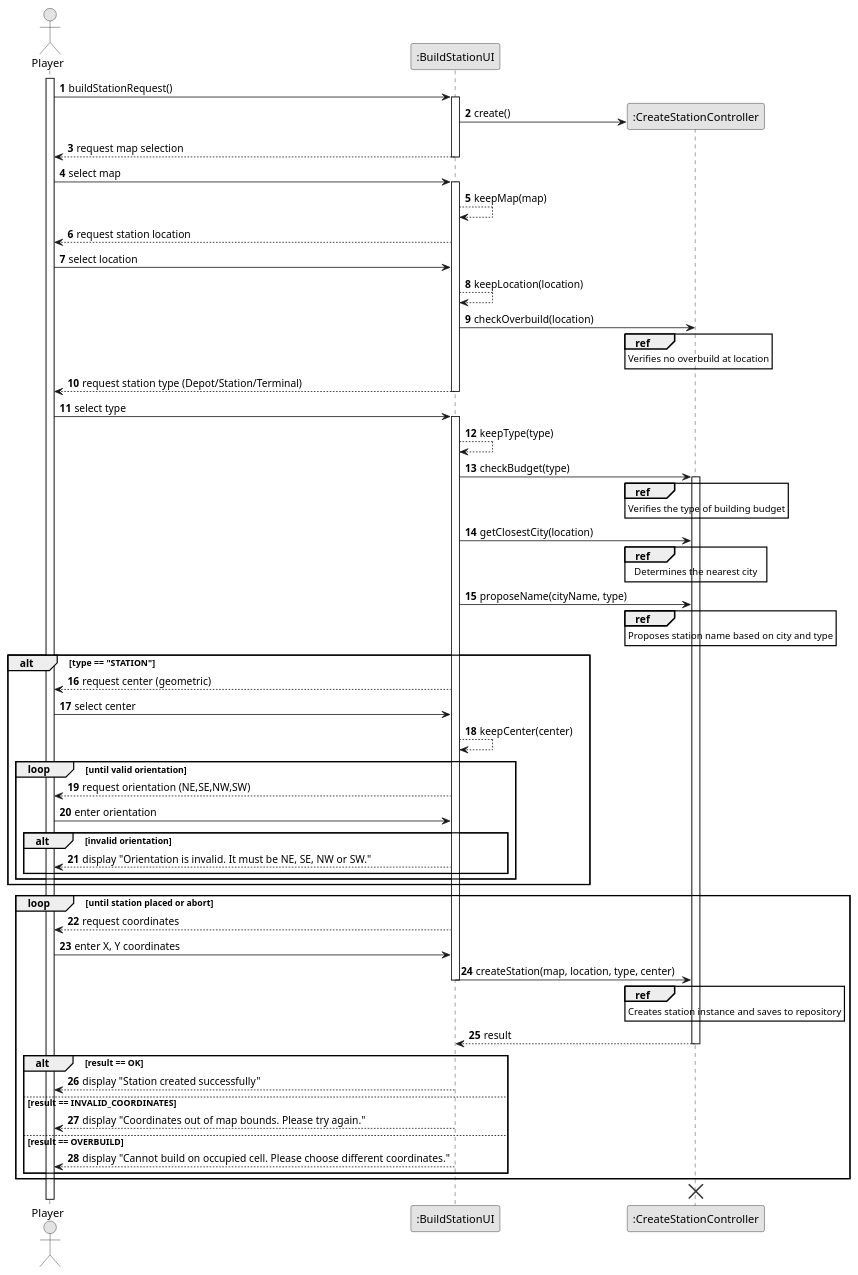
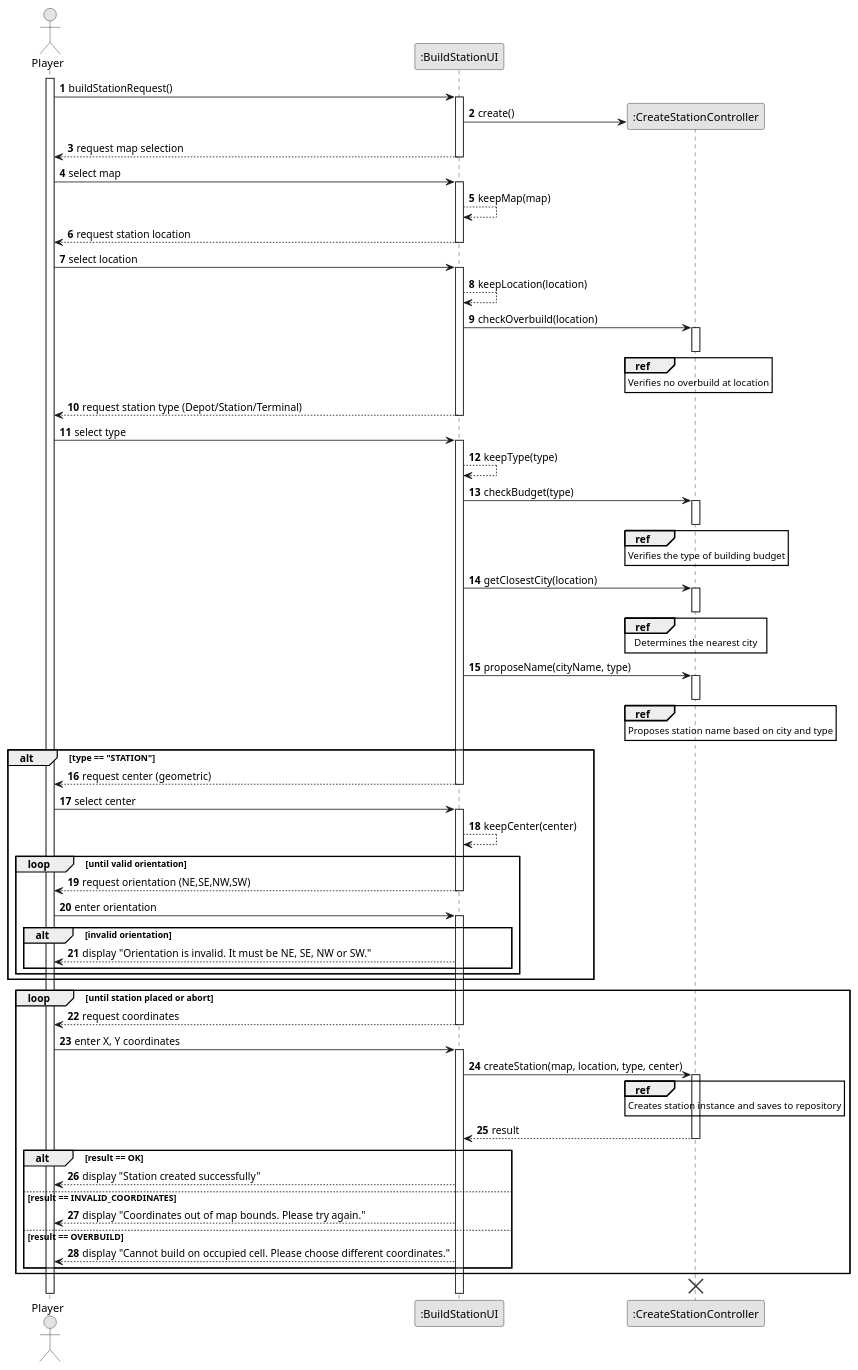
One commit to goncalolopesp/sem2-pi-24.25-g093-repo changed the diagram in docs/system-documentation/US005/03.design/puml/US005-SD-split.puml. Above: the diagram before and after it, drawn with PlantUML. The commit also changed 4 other files, not shown here.

```diff
--- a/docs/system-documentation/US005/03.design/puml/US005-SD-split.puml
+++ b/docs/system-documentation/US005/03.design/puml/US005-SD-split.puml
@@ -1,94 +1,111 @@
 @startuml US005-SD-split
 skinparam monochrome true
 skinparam packageStyle rectangle
 skinparam shadowing false
 
 autonumber
 
 actor "Player" as Player
 participant ":BuildStationUI" as BuildStationUI
 participant ":CreateStationController" as CreateStationController
 
 activate Player
 
 Player -> BuildStationUI : buildStationRequest()
 create CreateStationController
 activate BuildStationUI
 BuildStationUI -> CreateStationController: create()
+deactivate CreateStationController
 
 BuildStationUI --> Player : request map selection
 deactivate BuildStationUI
 Player -> BuildStationUI : select map
 activate BuildStationUI
 BuildStationUI --> BuildStationUI : keepMap(map)
 
 BuildStationUI --> Player : request station location
+deactivate BuildStationUI
 Player -> BuildStationUI : select location
+activate BuildStationUI
 BuildStationUI --> BuildStationUI : keepLocation(location)
 
 BuildStationUI -> CreateStationController : checkOverbuild(location)
+activate CreateStationController
 ref over CreateStationController
     Verifies no overbuild at location
 end ref
+deactivate CreateStationController
 
 BuildStationUI --> Player : request station type (Depot/Station/Terminal)
 deactivate BuildStationUI
 Player -> BuildStationUI : select type
 activate BuildStationUI
 BuildStationUI --> BuildStationUI : keepType(type)
 
 BuildStationUI -> CreateStationController : checkBudget(type)
 activate CreateStationController
 ref over CreateStationController
     Verifies the type of building budget
 end ref
+deactivate CreateStationController
 
 BuildStationUI -> CreateStationController : getClosestCity(location)
+activate CreateStationController
 ref over CreateStationController
     Determines the nearest city
 end ref
+deactivate CreateStationController
 
 BuildStationUI -> CreateStationController : proposeName(cityName, type)
+activate CreateStationController
 ref over CreateStationController
     Proposes station name based on city and type
 end ref
+deactivate CreateStationController
 
 alt type == "STATION"
   BuildStationUI --> Player : request center (geometric)
+  deactivate BuildStationUI
   Player -> BuildStationUI : select center
+  activate BuildStationUI
   BuildStationUI --> BuildStationUI : keepCenter(center)
 
   loop until valid orientation
     BuildStationUI --> Player : request orientation (NE,SE,NW,SW)
+    deactivate BuildStationUI
     Player -> BuildStationUI : enter orientation
+    activate BuildStationUI
     alt invalid orientation
       BuildStationUI --> Player : display "Orientation is invalid. It must be NE, SE, NW or SW."
     end
   end
 end
 
 loop until station placed or abort
   BuildStationUI --> Player : request coordinates
+  deactivate BuildStationUI
   Player -> BuildStationUI : enter X, Y coordinates
+  activate BuildStationUI
 
   BuildStationUI -> CreateStationController : createStation(map, location, type, center)
-  deactivate BuildStationUI
+  activate CreateStationController
   ref over CreateStationController
     Creates station instance and saves to repository
   end ref
 
   CreateStationController --> BuildStationUI : result
   deactivate CreateStationController
 
   alt result == OK
     BuildStationUI --> Player : display "Station created successfully"
   else result == INVALID_COORDINATES
     BuildStationUI --> Player : display "Coordinates out of map bounds. Please try again."
   else result == OVERBUILD
     BuildStationUI --> Player : display "Cannot build on occupied cell. Please choose different coordinates."
   end
 end
 
 destroy CreateStationController
 deactivate BuildStationUI
+deactivate Player
 @enduml
```
